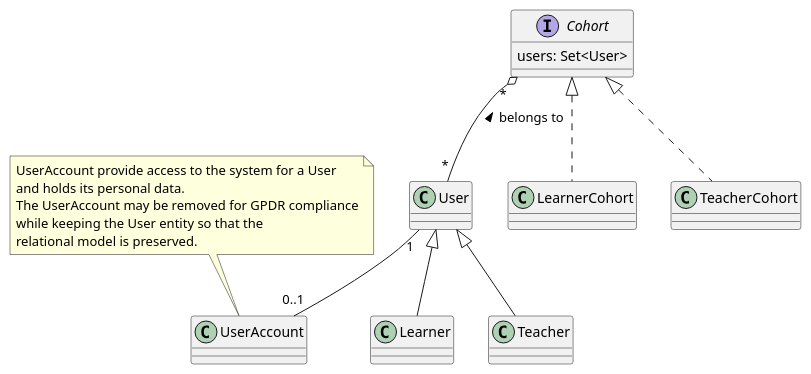
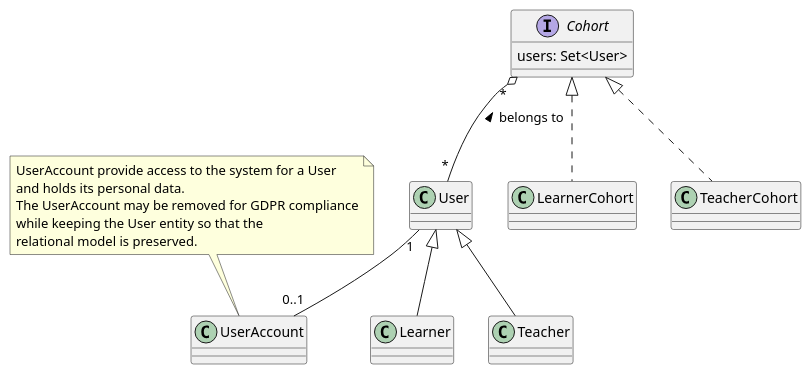
The diagram in docs/technical/uml/user.puml (elaastic/ElaastiX), drawn with PlantUML before and after one commit. The commit also changed 20 other files, not shown here.

Commit message:
docs: refine UML model for the response activity and related mm concepts

```diff
--- a/docs/technical/uml/user.puml
+++ b/docs/technical/uml/user.puml
@@ -1,30 +1,30 @@
 @startuml(id=User)
 'https://plantuml.com/class-diagram
 
-'TODO: adapt with metamodel/users.puml
+'TODO: adapt with metamodel/users.puml, move to core/users.puml
 
 class User
 class Learner extends User
 class Teacher extends User
 
 class UserAccount
 note top
-    UserAccount provide access to the system for a User
-    and holds its personal data.
-    The UserAccount may be removed for GPDR compliance
-    while keeping the User entity so that the
-    relational model is preserved.
+	UserAccount provide access to the system for a User
+	and holds its personal data.
+	The UserAccount may be removed for GDPR compliance
+	while keeping the User entity so that the
+	relational model is preserved.
 end note
 
 interface Cohort {
-    users: Set<User>
+	users: Set<User>
 }
 
 class LearnerCohort implements Cohort
 class TeacherCohort implements Cohort
 
 Cohort "*" o-- "*" User : belongs to <
 
 User "1" -- "0..1" UserAccount
 
 @enduml
```
